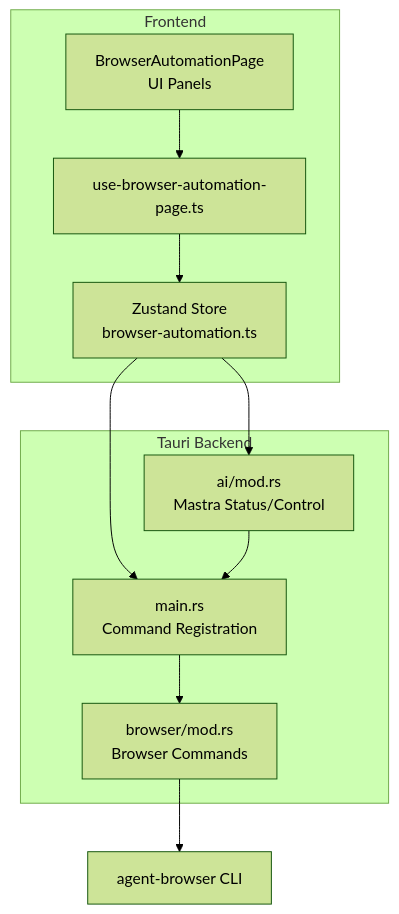
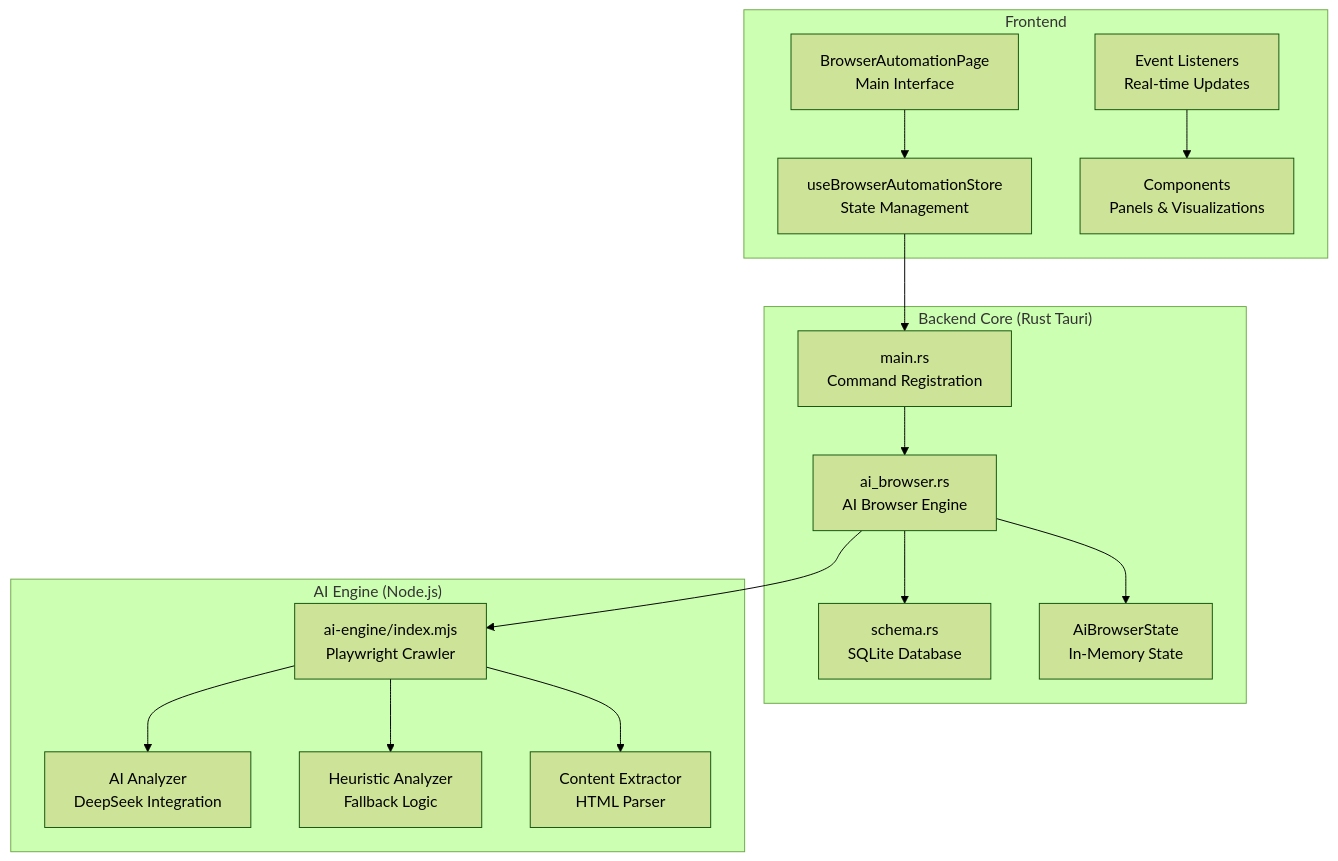
Before and after one commit to arhamymr/hexbuffer: the first of 4 diagrams in .qoder/repowiki/en/content/Browser Automation.md, drawn with Mermaid (forest theme). The commit also changed other lines of this file and 21 other files, not shown here.

````diff
--- a/.qoder/repowiki/en/content/Browser Automation.md
+++ b/.qoder/repowiki/en/content/Browser Automation.md
@@ -38,21 +59,31 @@
 ```mermaid
 graph TB
+subgraph "Backend Core (Rust Tauri)"
+AI["ai_browser.rs<br/>AI Browser Engine"]
+DB["schema.rs<br/>SQLite Database"]
+CMD["main.rs<br/>Command Registration"]
+STATE["AiBrowserState<br/>In-Memory State"]
+end
+subgraph "AI Engine (Node.js)"
+ENGINE["ai-engine/index.mjs<br/>Playwright Crawler"]
+ANALYZER["AI Analyzer<br/>DeepSeek Integration"]
+HEURISTIC["Heuristic Analyzer<br/>Fallback Logic"]
+EXTRACTOR["Content Extractor<br/>HTML Parser"]
+end
 subgraph "Frontend"
-UI["BrowserAutomationPage<br/>UI Panels"]
-Store["Zustand Store<br/>browser-automation.ts"]
-Hook["use-browser-automation-page.ts"]
+UI["BrowserAutomationPage<br/>Main Interface"]
+STORE["useBrowserAutomationStore<br/>State Management"]
+EVENTS["Event Listeners<br/>Real-time Updates"]
+COMPONENTS["Components<br/>Panels & Visualizations"]
 end
-subgraph "Tauri Backend"
-Main["main.rs<br/>Command Registration"]
-BrowserCmds["browser/mod.rs<br/>Browser Commands"]
-AI["ai/mod.rs<br/>Mastra Status/Control"]
-end
-Agent["agent-browser CLI"]
-UI --> Hook
-Hook --> Store
-Store --> Main
-Main --> BrowserCmds
-BrowserCmds --> Agent
-Store --> AI
-AI --> Main
+AI --> ENGINE
+ENGINE --> ANALYZER
+ENGINE --> HEURISTIC
+ENGINE --> EXTRACTOR
+AI --> DB
+AI --> STATE
+UI --> STORE
+STORE --> CMD
+CMD --> AI
+EVENTS --> COMPONENTS
 ```
````
